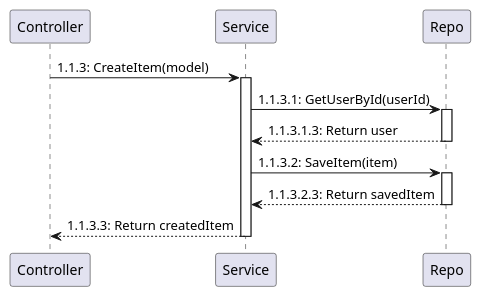
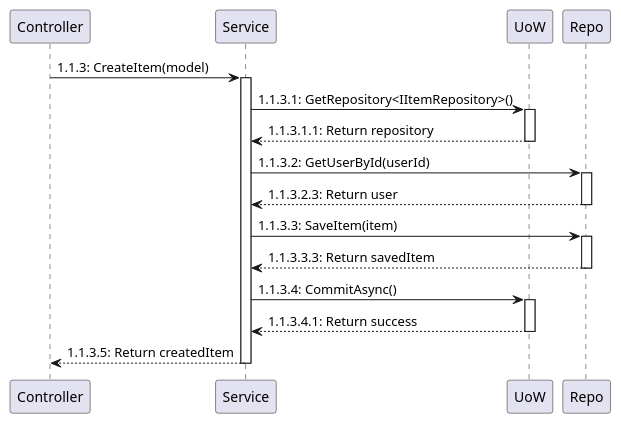
The fourth of 13 diagrams in .github/prompts/draw-sequence-diagram.prompt.md (SOP-SmartOutfitPlanner/sop-api), drawn with PlantUML before and after one commit. The commit also changed other lines of this file, not shown here.

Commit message:
fix: sequence diagram

````diff
--- a/.github/prompts/draw-sequence-diagram.prompt.md
+++ b/.github/prompts/draw-sequence-diagram.prompt.md
@@ -186,20 +187,30 @@
 ```plantuml
 Controller -> Service: 1.1.3: CreateItem(model)
 activate Service
 
-Service -> Repo: 1.1.3.1: GetUserById(userId)
+Service -> UoW: 1.1.3.1: GetRepository<IItemRepository>()
+activate UoW
+UoW --> Service: 1.1.3.1.1: Return repository
+deactivate UoW
+
+Service -> Repo: 1.1.3.2: GetUserById(userId)
 activate Repo
 ' Repo does its work...
-Repo --> Service: 1.1.3.1.3: Return user
+Repo --> Service: 1.1.3.2.3: Return user
 deactivate Repo
 
 ' Service is STILL ACTIVE
-Service -> Repo: 1.1.3.2: SaveItem(item)
+Service -> Repo: 1.1.3.3: SaveItem(item)
 activate Repo
 ' Repo does its work...
-Repo --> Service: 1.1.3.2.3: Return savedItem
+Repo --> Service: 1.1.3.3.3: Return savedItem
 deactivate Repo
 
-Service --> Controller: 1.1.3.3: Return createdItem
+Service -> UoW: 1.1.3.4: CommitAsync()
+activate UoW
+UoW --> Service: 1.1.3.4.1: Return success
+deactivate UoW
+
+Service --> Controller: 1.1.3.5: Return createdItem
 deactivate Service
 ```
````
